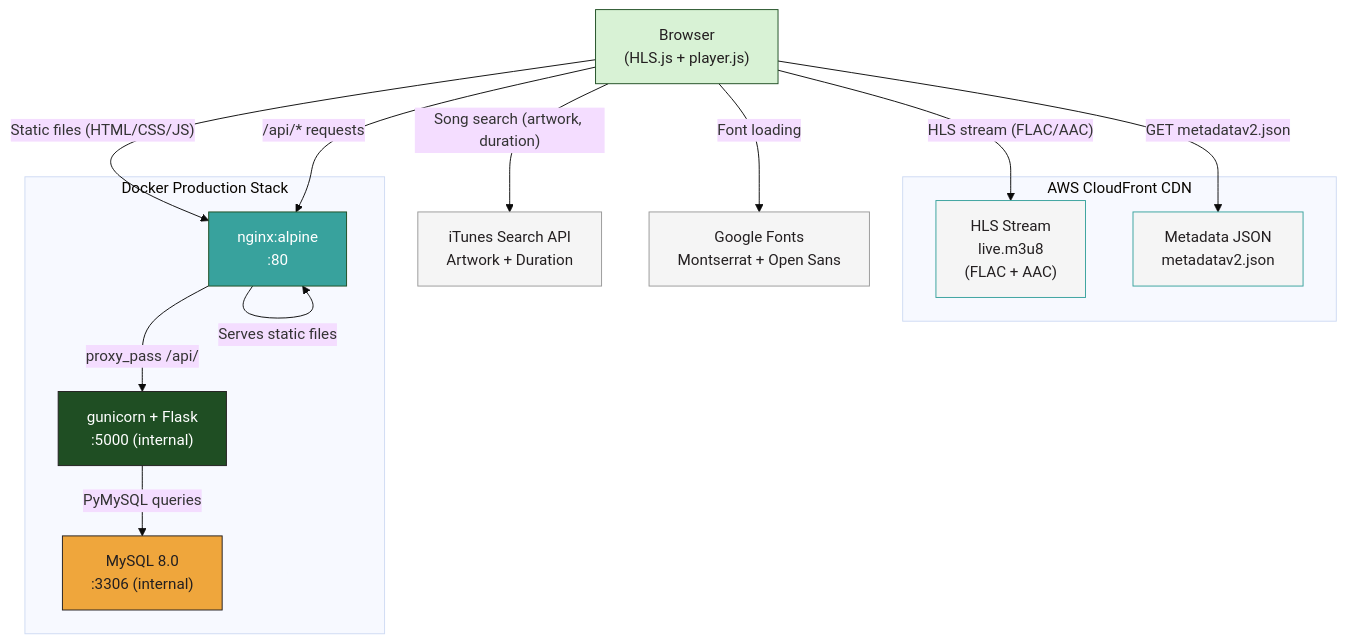
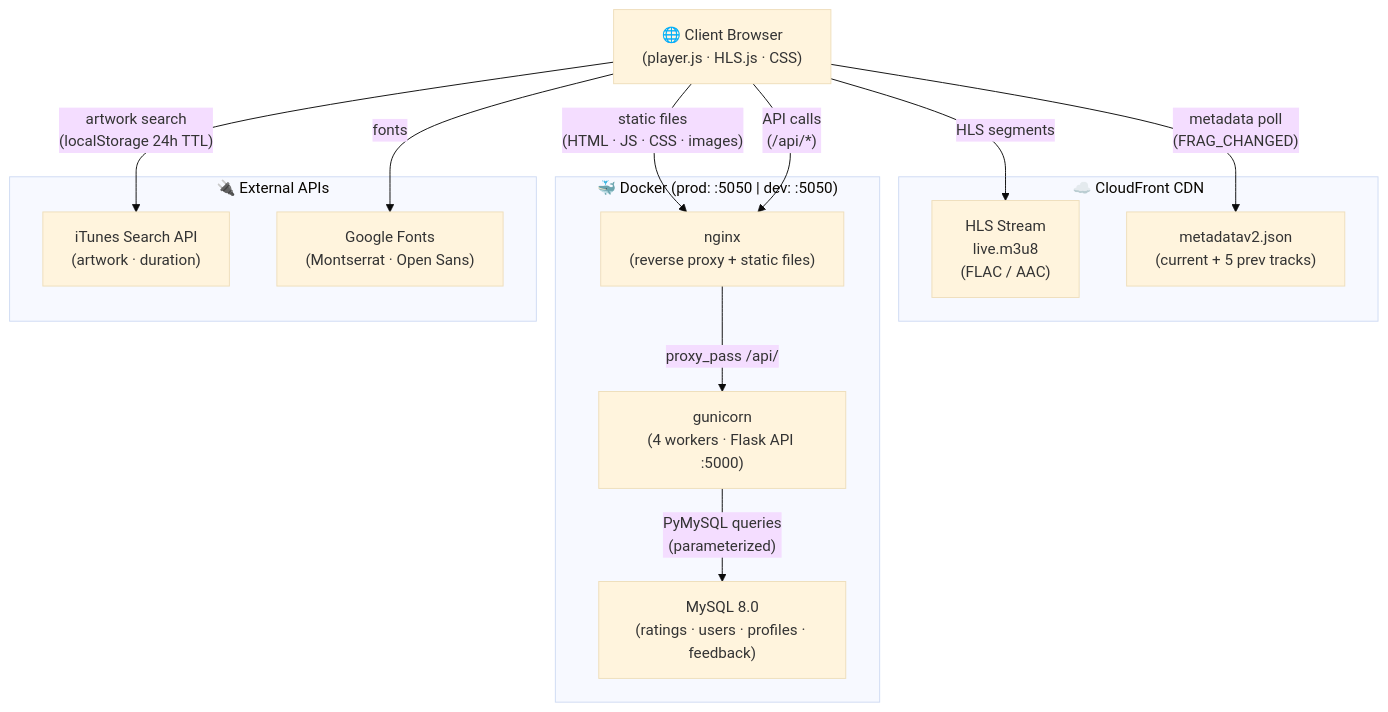
The first of 6 diagrams in README.md (mgmarques/radiocalico), drawn with Mermaid (base theme) before and after one commit. The commit also changed other lines of this file and 15 other files, not shown here.

First line of the commit message:
Update architecture diagrams, README, and CLAUDE.md for 10-agent milestone (#10)

````diff
--- a/README.md
+++ b/README.md
@@ -92,38 +92,29 @@
 ```mermaid
 graph TD
-    Browser["Browser<br/>(HLS.js + player.js)"]
+    Browser["🌐 Client Browser\n(player.js · HLS.js · CSS)"]
 
-    subgraph CloudFront["AWS CloudFront CDN"]
-        HLS["HLS Stream<br/>live.m3u8<br/>(FLAC + AAC)"]
-        Meta["Metadata JSON<br/>metadatav2.json"]
+    subgraph CDN["☁️ CloudFront CDN"]
+        HLS["HLS Stream\nlive.m3u8\n(FLAC / AAC)"]
+        Meta["metadatav2.json\n(current + 5 prev tracks)"]
     end
 
-    subgraph Docker["Docker Production Stack"]
-        nginx["nginx:alpine<br/>:80"]
-        gunicorn["gunicorn + Flask<br/>:5000 (internal)"]
-        MySQL["MySQL 8.0<br/>:3306 (internal)"]
+    subgraph Docker["🐳 Docker (prod: :5050 | dev: :5050)"]
+        nginx["nginx\n(reverse proxy + static files)"]
+        gunicorn["gunicorn\n(4 workers · Flask API :5000)"]
+        mysql["MySQL 8.0\n(ratings · users · profiles · feedback)"]
     end
 
-    iTunes["iTunes Search API<br/>Artwork + Duration"]
-    GoogleFonts["Google Fonts<br/>Montserrat + Open Sans"]
+    subgraph External["🔌 External APIs"]
+        iTunes["iTunes Search API\n(artwork · duration)"]
+        Fonts["Google Fonts\n(Montserrat · Open Sans)"]
+    end
 
-    Browser -- "HLS stream (FLAC/AAC)" --> HLS
-    Browser -- "GET metadatav2.json" --> Meta
-    Browser -- "Static files (HTML/CSS/JS)" --> nginx
-    Browser -- "/api/* requests" --> nginx
-    Browser -- "Song search (artwork, duration)" --> iTunes
-    Browser -- "Font loading" --> GoogleFonts
-
-    nginx -- "Serves static files" --> nginx
-    nginx -- "proxy_pass /api/" --> gunicorn
-    gunicorn -- "PyMySQL queries" --> MySQL
-
-    style Browser fill:#D8F2D5,stroke:#1F4E23,color:#231F20
-    style nginx fill:#38A29D,stroke:#1F4E23,color:#FFFFFF
-    style gunicorn fill:#1F4E23,stroke:#231F20,color:#FFFFFF
-    style MySQL fill:#EFA63C,stroke:#231F20,color:#231F20
-    style HLS fill:#f5f5f5,stroke:#38A29D,color:#231F20
-    style Meta fill:#f5f5f5,stroke:#38A29D,color:#231F20
-    style iTunes fill:#f5f5f5,stroke:#999,color:#231F20
-    style GoogleFonts fill:#f5f5f5,stroke:#999,color:#231F20
+    Browser -->|"HLS segments"| HLS
+    Browser -->|"metadata poll\n(FRAG_CHANGED)"| Meta
+    Browser -->|"artwork search\n(localStorage 24h TTL)"| iTunes
+    Browser -->|"fonts"| Fonts
+    Browser -->|"static files\n(HTML · JS · CSS · images)"| nginx
+    Browser -->|"API calls\n(/api/*)"| nginx
+    nginx -->|"proxy_pass /api/"| gunicorn
+    gunicorn -->|"PyMySQL queries\n(parameterized)"| mysql
 ```
````
